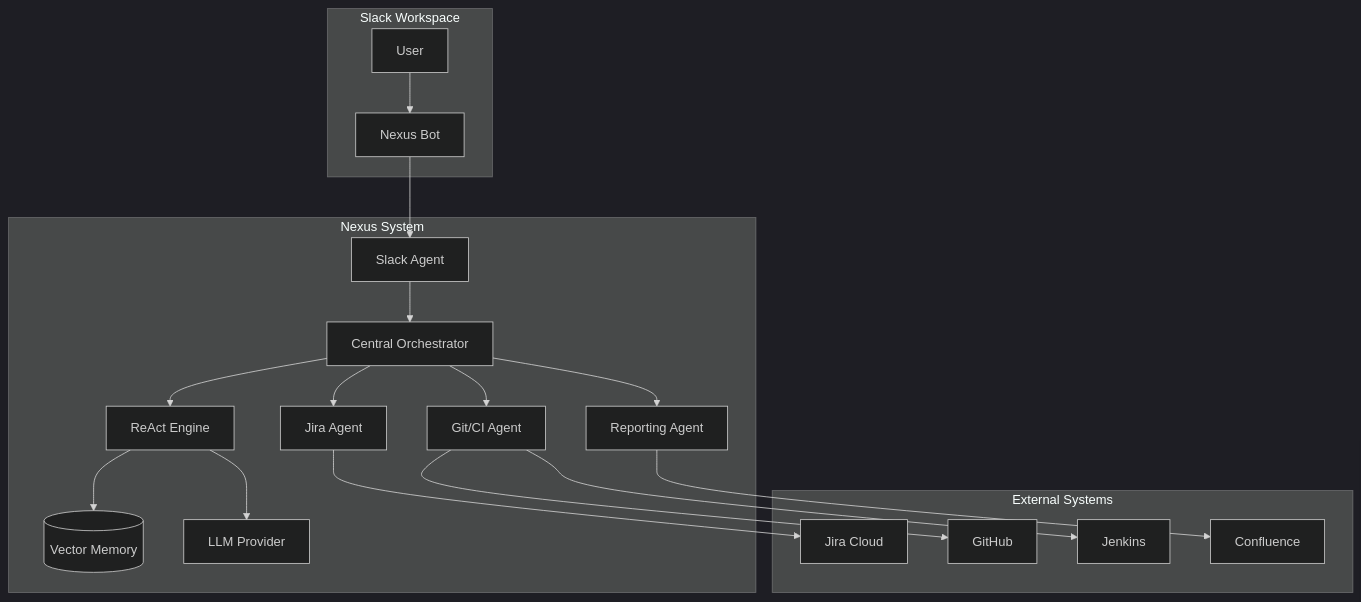
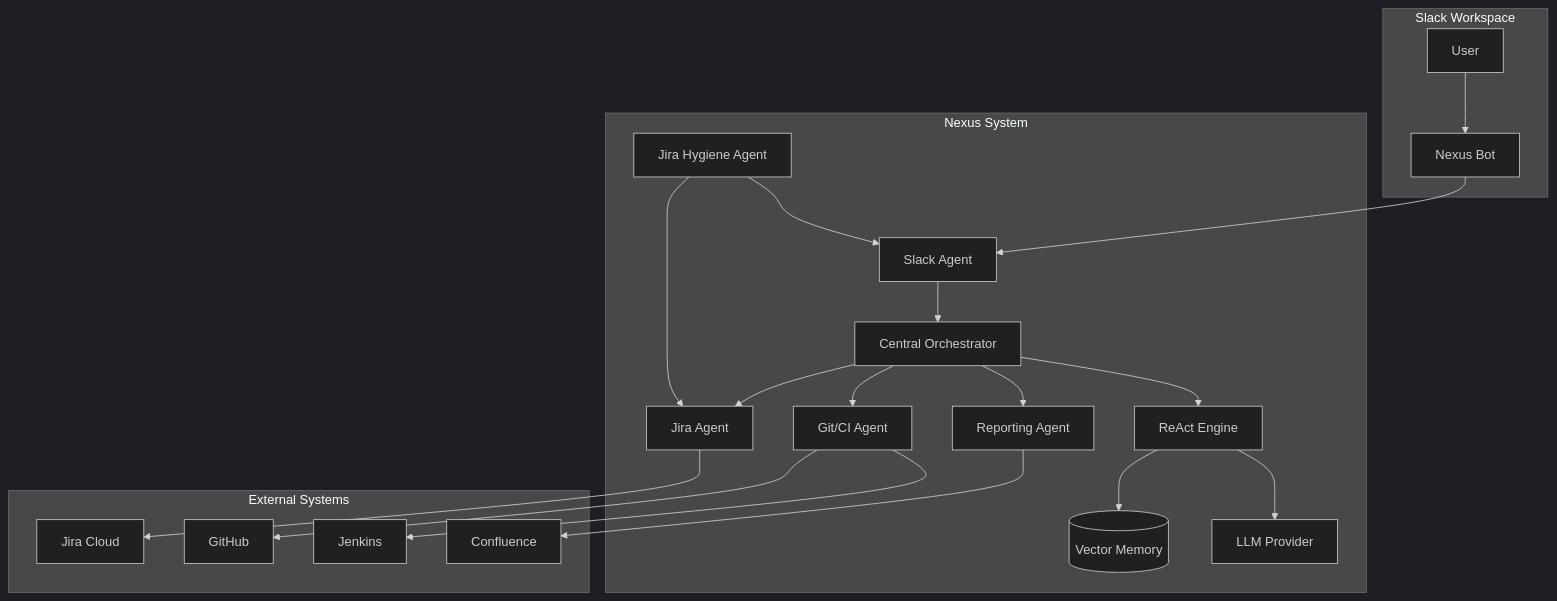
Before and after one commit to IKRedHat/Nexus-Release-Readiness-Bot: the diagram in docs/index.md, drawn with Mermaid (dark theme). The commit also changed other lines of this file and 6 other files, not shown here.

First line of the commit message:
docs: Comprehensive documentation update for Jira Hygiene Agent

````diff
--- a/docs/index.md
+++ b/docs/index.md
@@ -51,26 +56,29 @@
 ```mermaid
 flowchart TB
     subgraph Slack["Slack Workspace"]
         User[User] --> SlackApp[Nexus Bot]
     end
     
     subgraph Nexus["Nexus System"]
         SlackApp --> SlackAgent[Slack Agent]
         SlackAgent --> Orchestrator[Central Orchestrator]
         
         Orchestrator --> ReAct[ReAct Engine]
         ReAct --> Memory[(Vector Memory)]
         ReAct --> LLM[LLM Provider]
         
         Orchestrator --> JiraAgent[Jira Agent]
         Orchestrator --> GitAgent[Git/CI Agent]
         Orchestrator --> ReportAgent[Reporting Agent]
+        
+        HygieneAgent[Jira Hygiene Agent] --> JiraAgent
+        HygieneAgent --> SlackAgent
     end
     
     subgraph External["External Systems"]
         JiraAgent --> Jira[Jira Cloud]
         GitAgent --> GitHub[GitHub]
         GitAgent --> Jenkins[Jenkins]
         ReportAgent --> Confluence[Confluence]
     end
 ```
````
